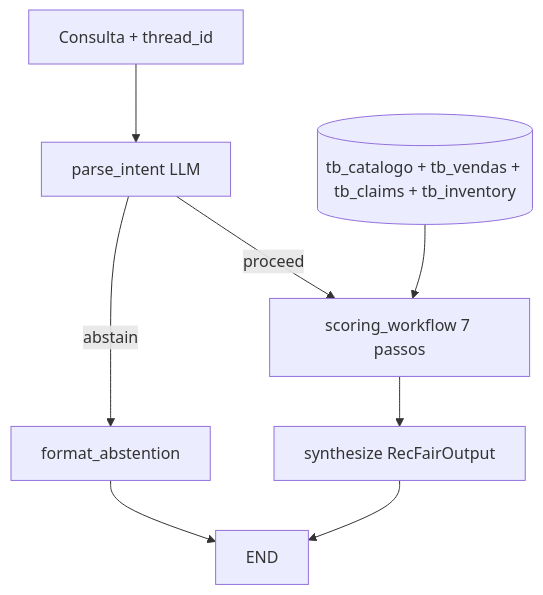
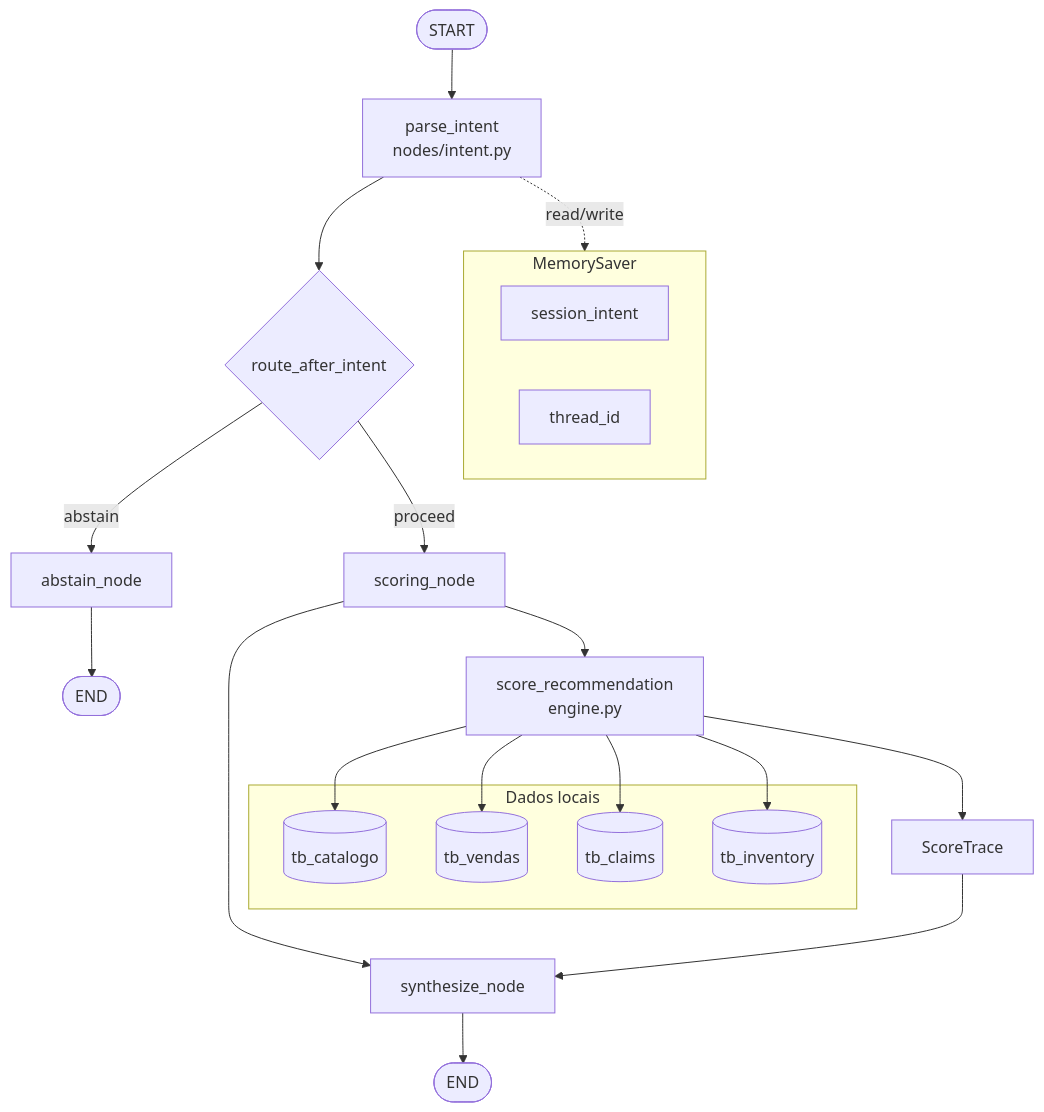
One commit to andluizsouza/unicamp-llm-agents changed the third of 5 diagrams in recfair/docs/architecture.md. Above: the diagram before and after it, drawn with Mermaid. The commit also changed other lines of this file and 8 other files, not shown here.

Commit message:
docs: enhance architecture documentation

````diff
--- a/recfair/docs/architecture.md
+++ b/recfair/docs/architecture.md
@@ -8,10 +137,32 @@
 ```mermaid
 flowchart TD
-    user[Consulta + thread_id] --> intent[parse_intent LLM]
-    intent -->|abstain| abstain[format_abstention]
-    intent -->|proceed| score[scoring_workflow 7 passos]
-    score --> synth[synthesize RecFairOutput]
-    abstain --> endNode[END]
-    synth --> endNode
-    sqlite[(tb_catalogo + tb_vendas + tb_claims + tb_inventory)] --> score
+    START([START]) --> PI[parse_intent\nnodes/intent.py]
+    PI --> ROUTE{route_after_intent}
+    ROUTE -->|abstain| AB[abstain_node]
+    ROUTE -->|proceed| SC[scoring_node]
+    SC --> SY[synthesize_node]
+    AB --> END1([END])
+    SY --> END2([END])
+
+    subgraph checkpoint [MemorySaver]
+        SI[session_intent]
+        TID[thread_id]
+    end
+
+    PI -.->|read/write| checkpoint
+    SC --> ENG[score_recommendation\nengine.py]
+
+    subgraph sqlite [Dados locais]
+        T1[(tb_catalogo)]
+        T2[(tb_vendas)]
+        T3[(tb_claims)]
+        T4[(tb_inventory)]
+    end
+
+    ENG --> T1
+    ENG --> T2
+    ENG --> T3
+    ENG --> T4
+    ENG --> TRACE[ScoreTrace]
+    TRACE --> SY
 ```
````
